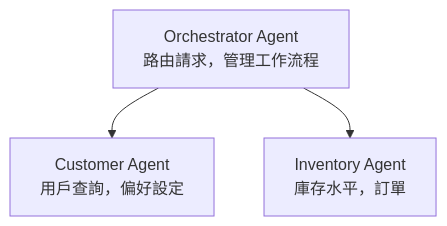
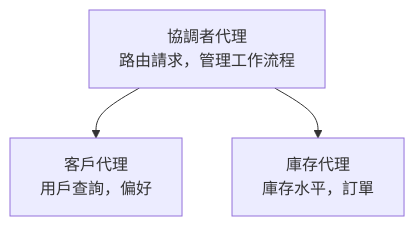
Before and after one commit to microsoft/AZD-for-beginners: the diagram in translations/zh-HK/docs/chapter-05-multi-agent/README.md, drawn with Mermaid. The commit also changed other lines of this file and 61 other files, not shown here.

````diff
--- a/translations/zh-HK/docs/chapter-05-multi-agent/README.md
+++ b/translations/zh-HK/docs/chapter-05-multi-agent/README.md
@@ -54,5 +54,5 @@
 ```mermaid
 graph TD
-    Orchestrator[Orchestrator Agent<br/>路由請求，管理工作流程] --> Customer[Customer Agent<br/>用戶查詢，偏好設定]
-    Orchestrator --> Inventory[Inventory Agent<br/>庫存水平，訂單]
+    Orchestrator[協調者代理<br/>路由請求，管理工作流程] --> Customer[客戶代理<br/>用戶查詢，偏好]
+    Orchestrator --> Inventory[庫存代理<br/>庫存水平，訂單]
 ```
````
